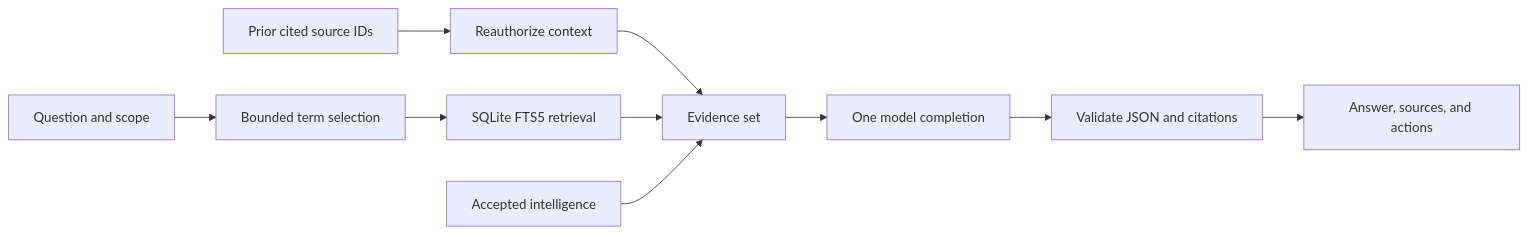
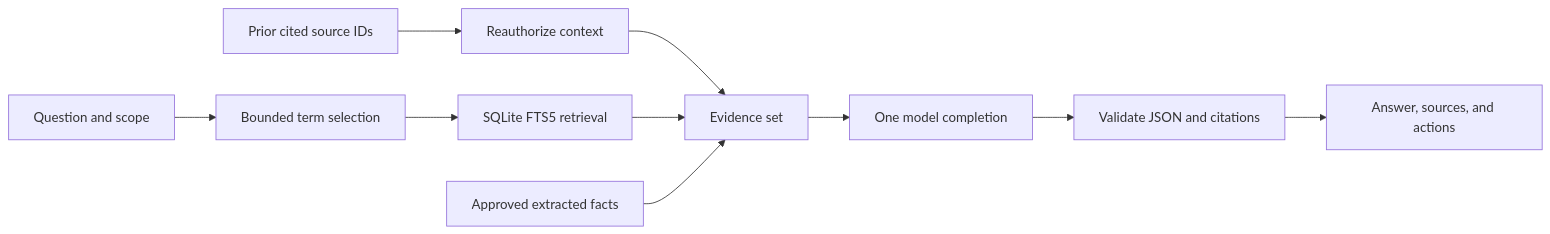
One commit to johnnybravo-xyz/suchi changed the diagram in docs/archive-chat.mdx. Above: the diagram before and after it, drawn with Mermaid. The commit also changed other lines of this file and 34 other files, not shown here.

Commit message:
fix(ui): replace intelligence jargon with extracted facts

````diff
--- a/docs/archive-chat.mdx
+++ b/docs/archive-chat.mdx
@@ -33,12 +33,12 @@
 ```mermaid
 flowchart LR
     Q[Question and scope] --> T[Bounded term selection]
     T --> F[SQLite FTS5 retrieval]
     C[Prior cited source IDs] --> A[Reauthorize context]
     A --> E[Evidence set]
     F --> E
-    I[Accepted intelligence] --> E
+    I[Approved extracted facts] --> E
     E --> M[One model completion]
     M --> V[Validate JSON and citations]
     V --> U[Answer, sources, and actions]
 ```
````
